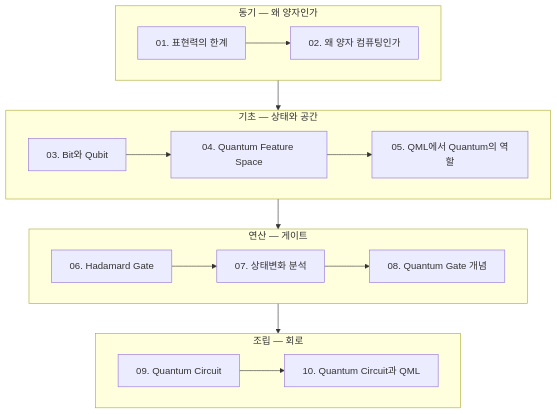
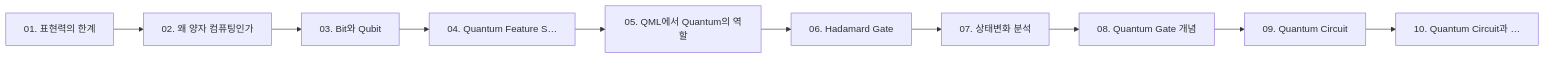
The diagram in ComputerScience/03_ai-ml-data/quantum-ml/README.md (umyunsang/edu), drawn with Mermaid before and after one commit. The commit also changed other lines of this file and 38 other files, not shown here.

````diff
--- a/ComputerScience/03_ai-ml-data/quantum-ml/README.md
+++ b/ComputerScience/03_ai-ml-data/quantum-ml/README.md
@@ -25,20 +18,22 @@
 ```mermaid
-flowchart TB
-    subgraph M1["동기 — 왜 양자인가"]
-        N1["01. 표현력의 한계"] --> N2["02. 왜 양자 컴퓨팅인가"]
-    end
-    subgraph M2["기초 — 상태와 공간"]
-        N3["03. Bit와 Qubit"] --> N4["04. Quantum Feature Space"]
-        N4 --> N5["05. QML에서 Quantum의 역할"]
-    end
-    subgraph M3["연산 — 게이트"]
-        N6["06. Hadamard Gate"] --> N7["07. 상태변화 분석"]
-        N7 --> N8["08. Quantum Gate 개념"]
-    end
-    subgraph M4["조립 — 회로"]
-        N9["09. Quantum Circuit"] --> N10["10. Quantum Circuit과 QML"]
-    end
-    M1 --> M2
-    M2 --> M3
-    M3 --> M4
+flowchart LR
+    N0["01. 표현력의 한계"]
+    N1["02. 왜 양자 컴퓨팅인가"]
+    N2["03. Bit와 Qubit"]
+    N3["04. Quantum Feature S…"]
+    N4["05. QML에서 Quantum의 역할"]
+    N5["06. Hadamard Gate"]
+    N6["07. 상태변화 분석"]
+    N7["08. Quantum Gate 개념"]
+    N8["09. Quantum Circuit"]
+    N9["10. Quantum Circuit과 …"]
+    N0 --> N1
+    N1 --> N2
+    N2 --> N3
+    N3 --> N4
+    N4 --> N5
+    N5 --> N6
+    N6 --> N7
+    N7 --> N8
+    N8 --> N9
 ```
````
